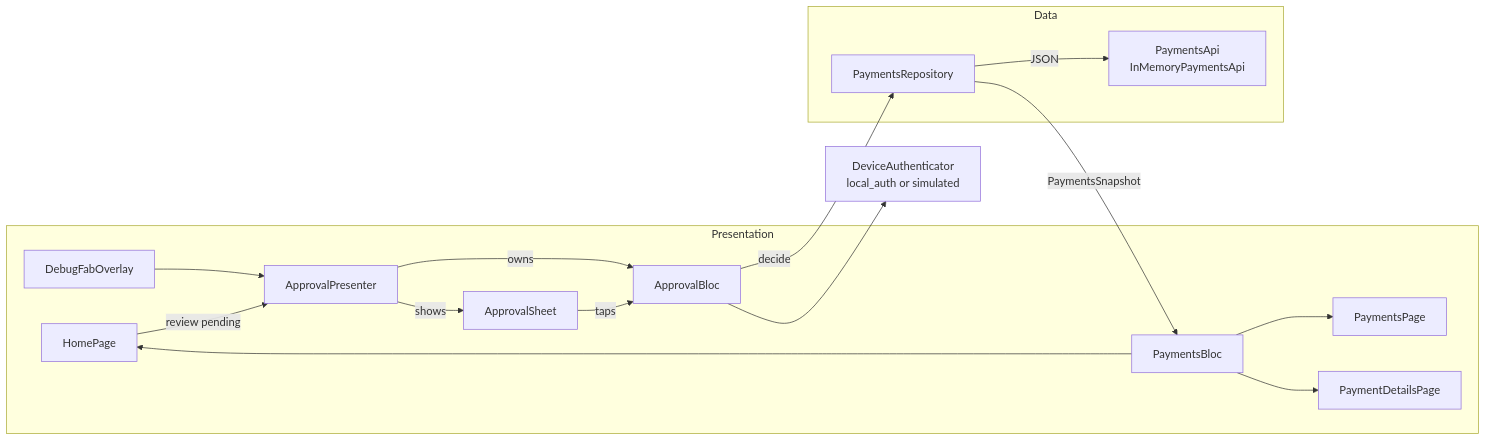
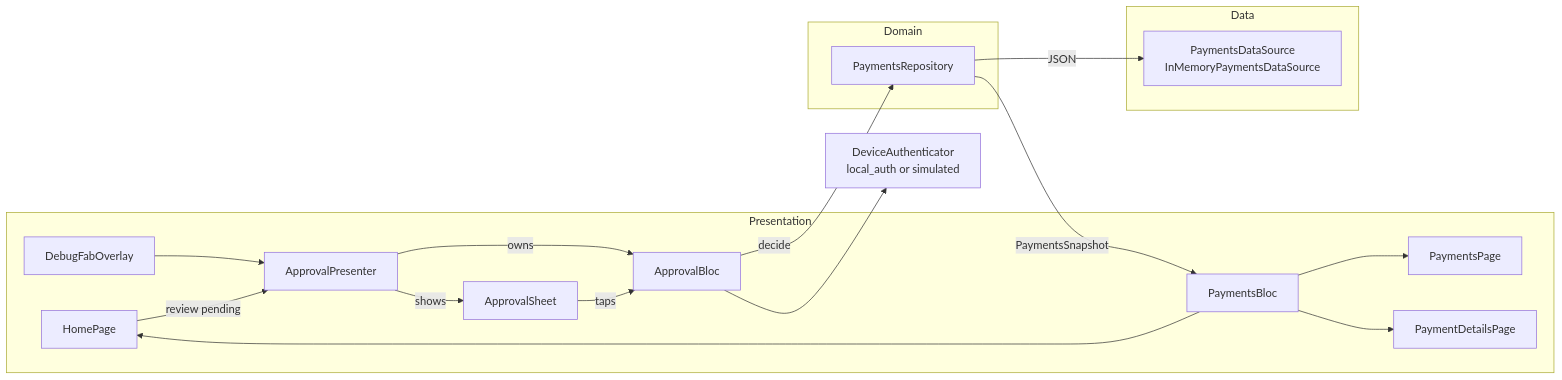
The diagram in README.md (SardorbekR/payment-approval-flow), drawn with Mermaid before and after one commit. The commit also changed other lines of this file and 26 other files, not shown here.

````diff
--- a/README.md
+++ b/README.md
@@ -102,29 +102,31 @@
 ```mermaid
 flowchart LR
   subgraph Presentation
     Home[HomePage]
     List[PaymentsPage]
     Details[PaymentDetailsPage]
     Fab[DebugFabOverlay]
     Presenter[ApprovalPresenter]
     Sheet[ApprovalSheet]
     Decision[ApprovalBloc]
     PB[PaymentsBloc]
   end
+  subgraph Domain
+    Repo[PaymentsRepository]
+  end
   subgraph Data
-    Repo[PaymentsRepository]
-    Api[PaymentsApi<br/>InMemoryPaymentsApi]
+    Source[PaymentsDataSource<br/>InMemoryPaymentsDataSource]
   end
   Auth[DeviceAuthenticator<br/>local_auth or simulated]
 
   Fab --> Presenter
   Home -- review pending --> Presenter
   Presenter -- shows --> Sheet
   Presenter -- owns --> Decision
   Sheet -- taps --> Decision
   Decision --> Auth
   Decision -- decide --> Repo
-  Repo -- JSON --> Api
+  Repo -- JSON --> Source
   Repo -- PaymentsSnapshot --> PB
   PB --> Home & List & Details
 ```
````
